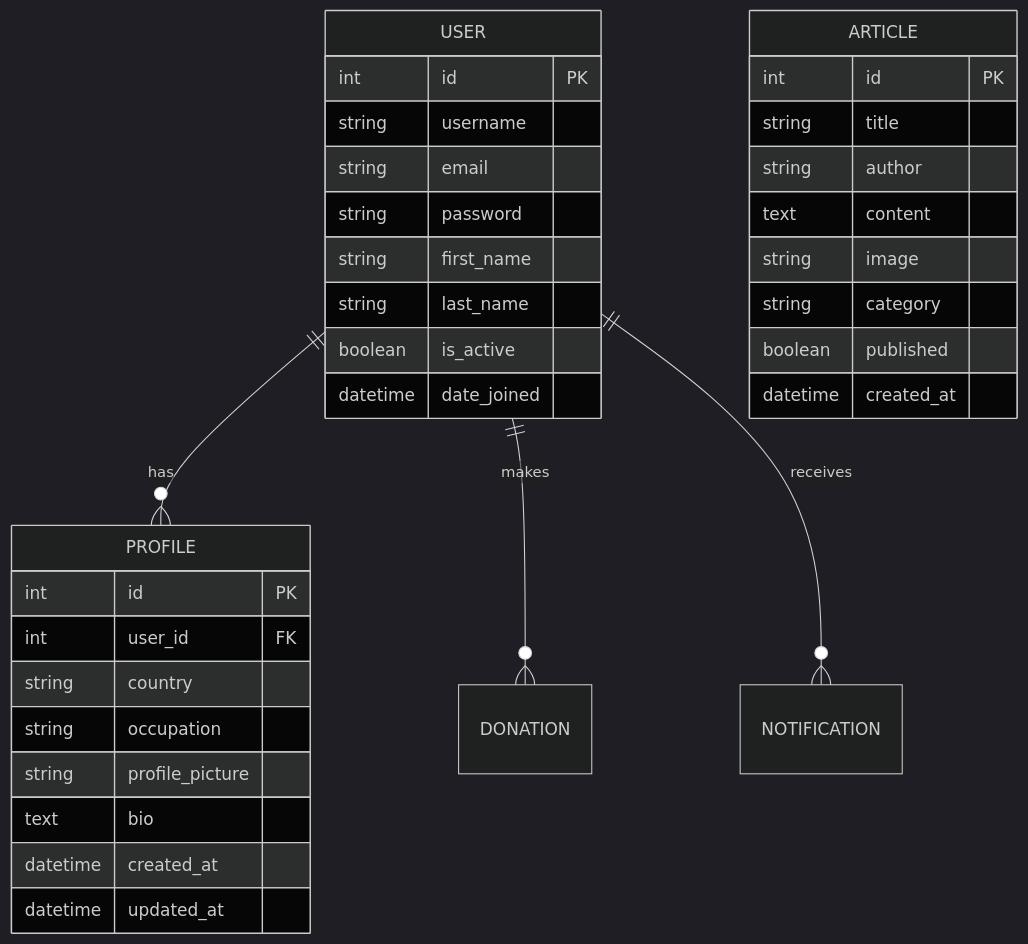
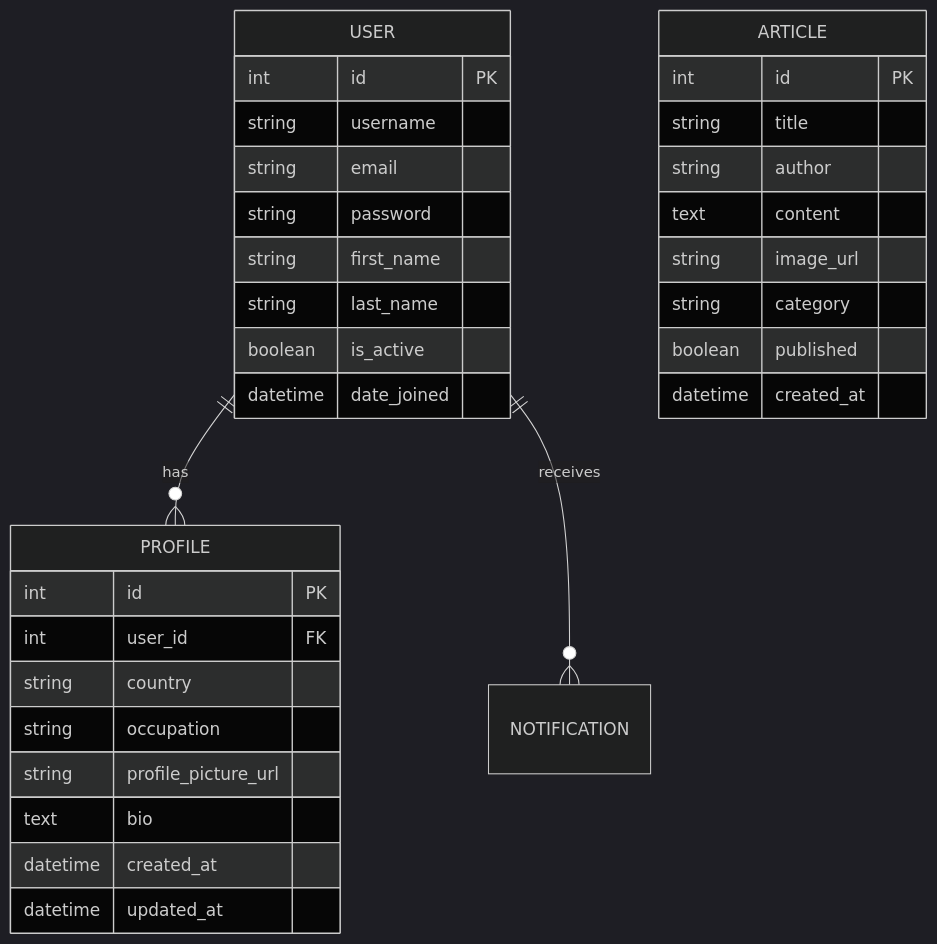
Before and after one commit to Gigi-Corlay/portfolioLionessMagazine: the second of 4 diagrams in README.md, drawn with Mermaid (dark theme). The commit also changed other lines of this file, not shown here.

First line of the commit message:
Revise README for clarity and remove donation info

````diff
--- a/README.md
+++ b/README.md
@@ -91,39 +80,38 @@
 ```mermaid
 erDiagram
     USER ||--o{ PROFILE : has
-    USER ||--o{ DONATION : makes
     USER ||--o{ NOTIFICATION : receives
     
     USER {
         int id PK
         string username
         string email
         string password
         string first_name
         string last_name
         boolean is_active
         datetime date_joined
     }
 
     PROFILE {
         int id PK
         int user_id FK
         string country
         string occupation
-        string profile_picture
+        string profile_picture_url
         text bio
         datetime created_at
         datetime updated_at
     }
 
     ARTICLE {
         int id PK
         string title
         string author
         text content
-        string image
+        string image_url
         string category
         boolean published
         datetime created_at
     }
 ```
````
